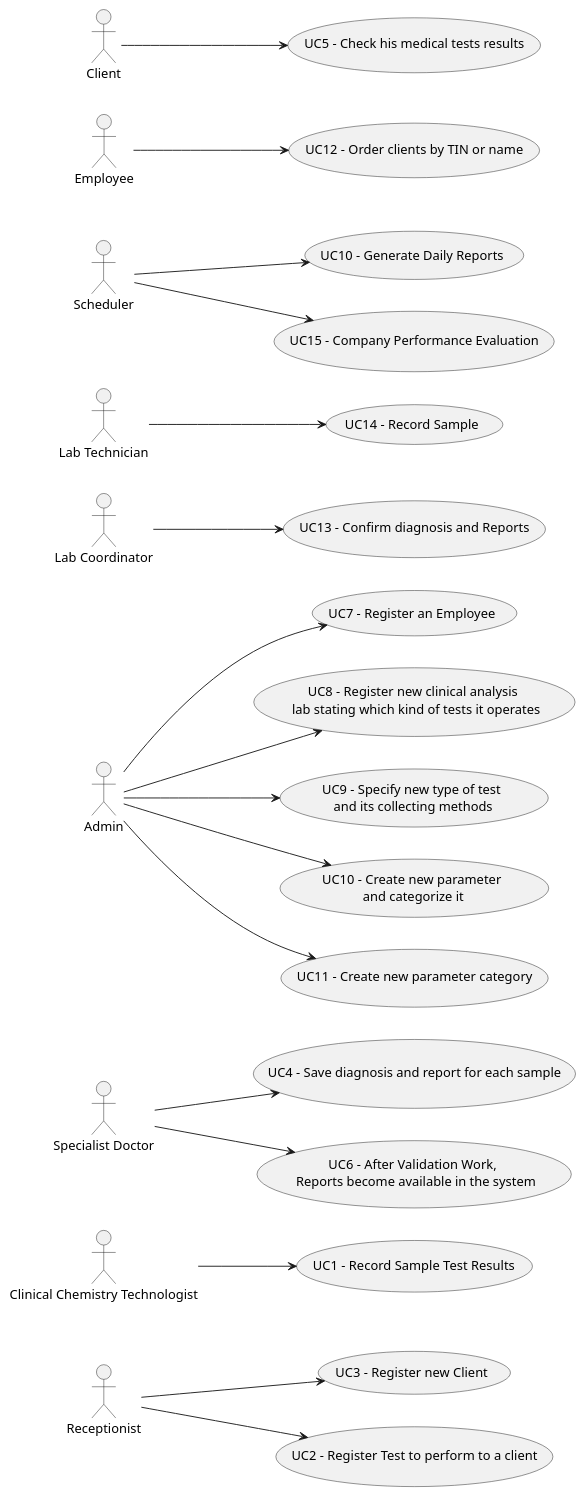
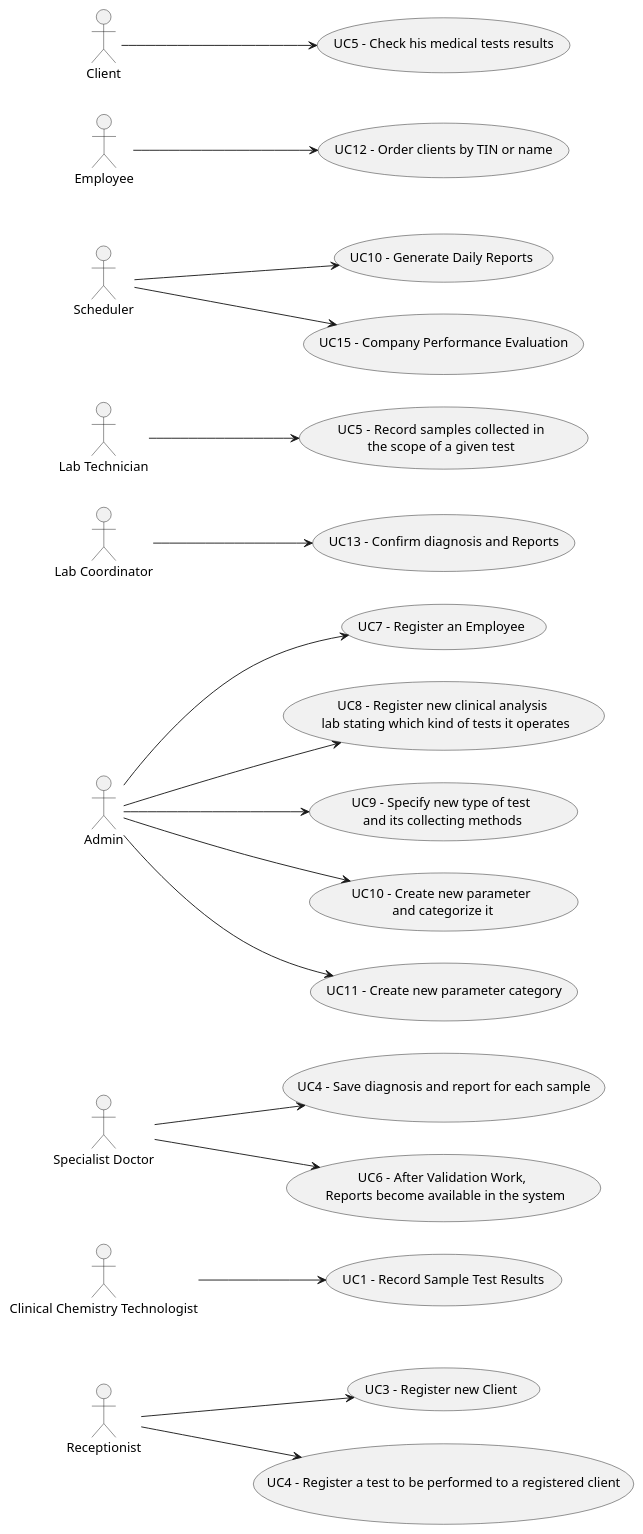
Before and after one commit to GuilhermeCunha79/lapr2: the diagram in docs/SprintA/UC_Diagram.puml, drawn with PlantUML. The commit also changed 3 other files, not shown here.

Commit message:
US10 Engineering Requirements - "Completed" US11 Engineering Requirements - "Completed" UC Diagram Update

```diff
--- a/docs/SprintA/UC_Diagram.puml
+++ b/docs/SprintA/UC_Diagram.puml
@@ -1,33 +1,33 @@
 @startuml
 'https://plantuml.com/use-case-diagram
 
 left to right direction
 :Receptionist: as Recep
 Recep --> (UC3 - Register new Client)
-Recep --> (UC2 - Register Test to perform to a client)
+Recep --> (UC4 - Register a test to be performed to a registered client)
 :Clinical Chemistry Technologist: --> (UC1 - Record Sample Test Results)
 :Specialist Doctor: --> (UC4 - Save diagnosis and report for each sample)
 :Specialist Doctor: --> (UC6 - After Validation Work, \n Reports become available in the system)
 :Admin: --> (UC7 - Register an Employee)
 :Admin: --> (UC8 - Register new clinical analysis \n lab stating which kind of tests it operates)
 :Admin: --> (UC9 - Specify new type of test\n and its collecting methods)
 :Admin: --> (UC10 - Create new parameter\n and categorize it)
 :Admin: --> (UC11 - Create new parameter category)
 
 
 :Lab Coordinator: as lc
 (UC13 - Confirm diagnosis and Reports) as UC15
 :Lab Technician: as lt
-(UC14 - Record Sample) as UC14
+(UC5 -  Record samples collected in\nthe scope of a given test) as UC5
 
 :Scheduler: --> (UC10 - Generate Daily Reports)
 :Scheduler: --> (UC15 - Company Performance Evaluation)
 lc --> UC15
 
 
-lt --> UC14
+lt --> UC5
 
 
 :Employee: --> (UC12 - Order clients by TIN or name)
 :Client: --> (UC5 - Check his medical tests results)
 @enduml
```
